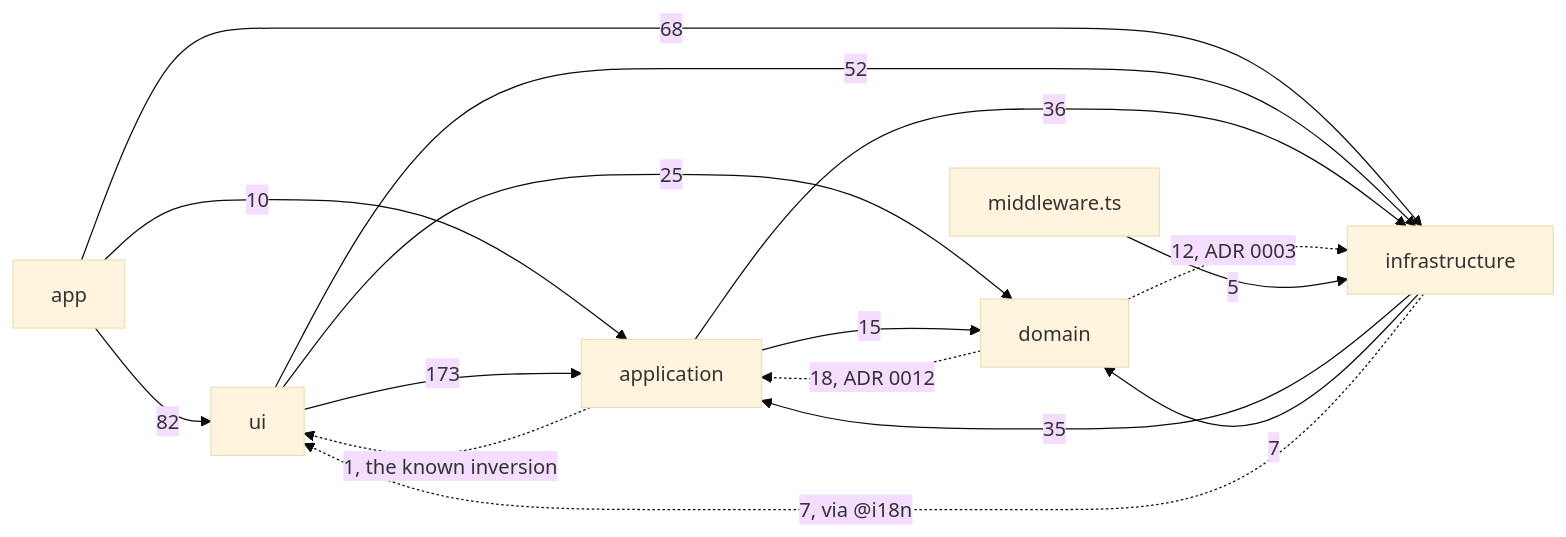
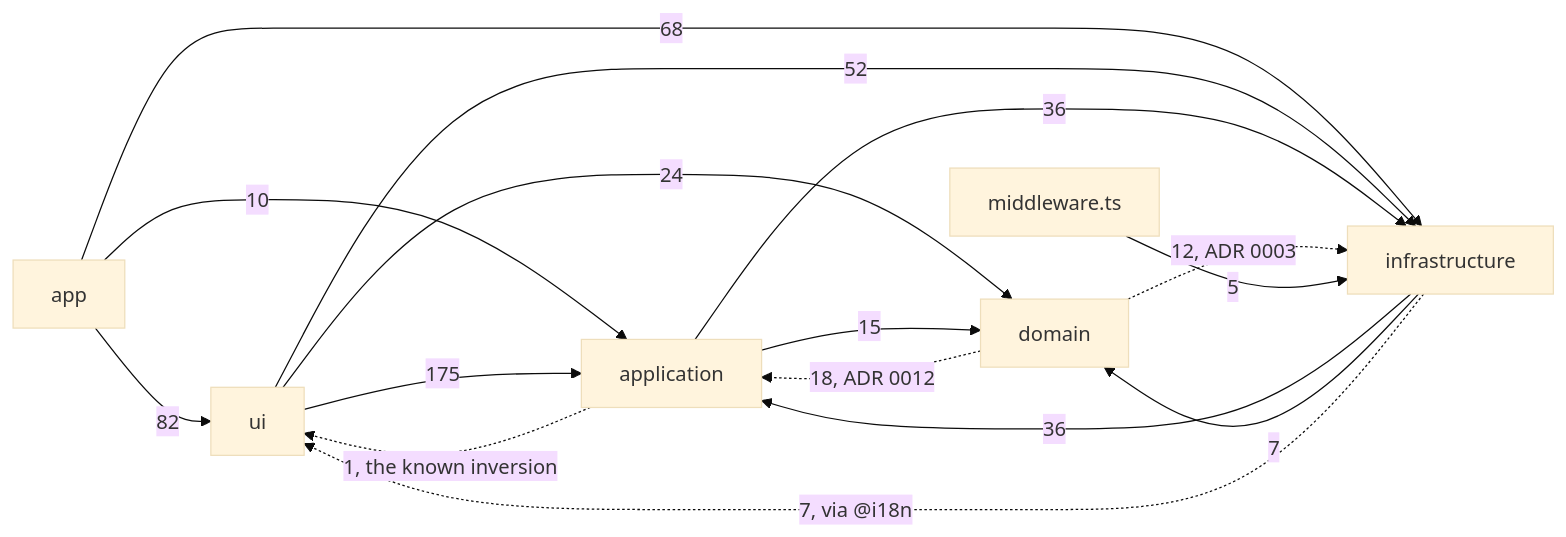
The diagram in apps/docs/src/content/docs/architecture/overview.mdx (fbuireu/forever-pto), drawn with Mermaid (base theme) before and after one commit. The commit also changed other lines of this file and 239 other files, not shown here.

````diff
--- a/apps/docs/src/content/docs/architecture/overview.mdx
+++ b/apps/docs/src/content/docs/architecture/overview.mdx
@@ -47,24 +47,24 @@
 ```mermaid
 flowchart LR
   APP[app]
   UI[ui]
   APPL[application]
   DOM[domain]
   INFRA[infrastructure]
   MW[middleware.ts]
   APP -->|82| UI
   APP -->|10| APPL
   APP -->|68| INFRA
-  UI -->|173| APPL
-  UI -->|25| DOM
+  UI -->|175| APPL
+  UI -->|24| DOM
   UI -->|52| INFRA
   APPL -->|15| DOM
   APPL -->|36| INFRA
   APPL -.->|1, the known inversion| UI
   DOM -.->|18, ADR 0012| APPL
   DOM -.->|12, ADR 0003| INFRA
-  INFRA -->|35| APPL
+  INFRA -->|36| APPL
   INFRA -->|7| DOM
   INFRA -.->|7, via @i18n| UI
   MW -->|5| INFRA
 ```
````
